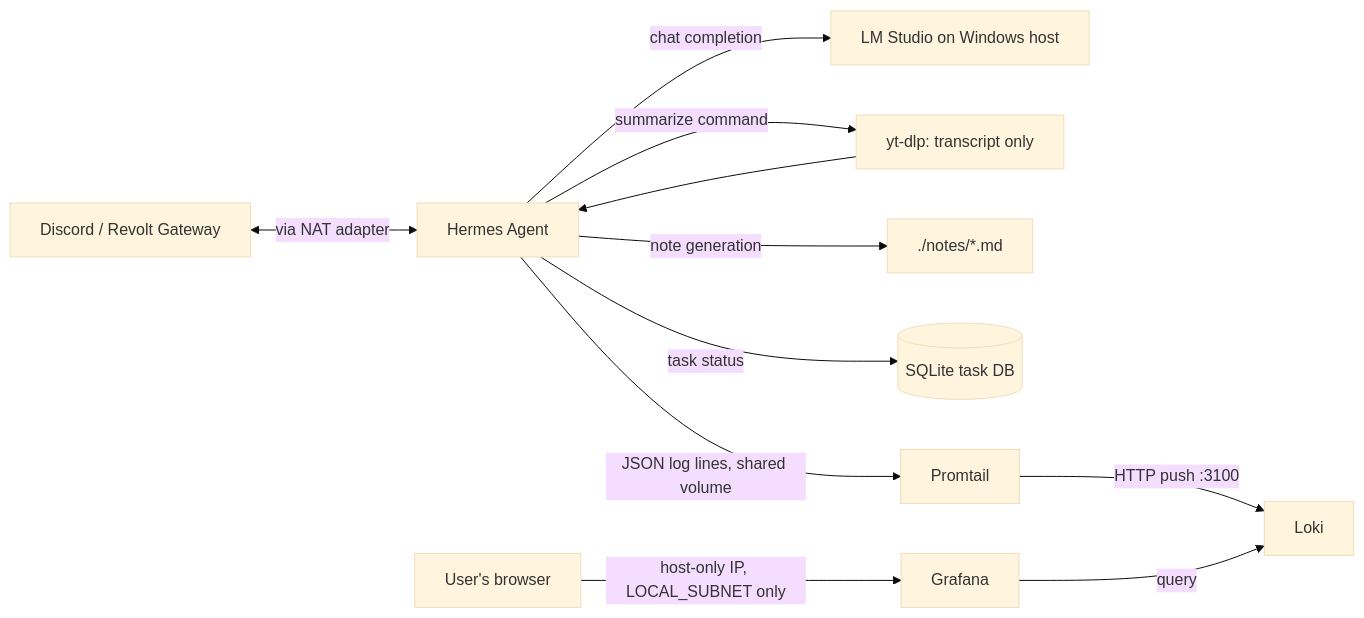
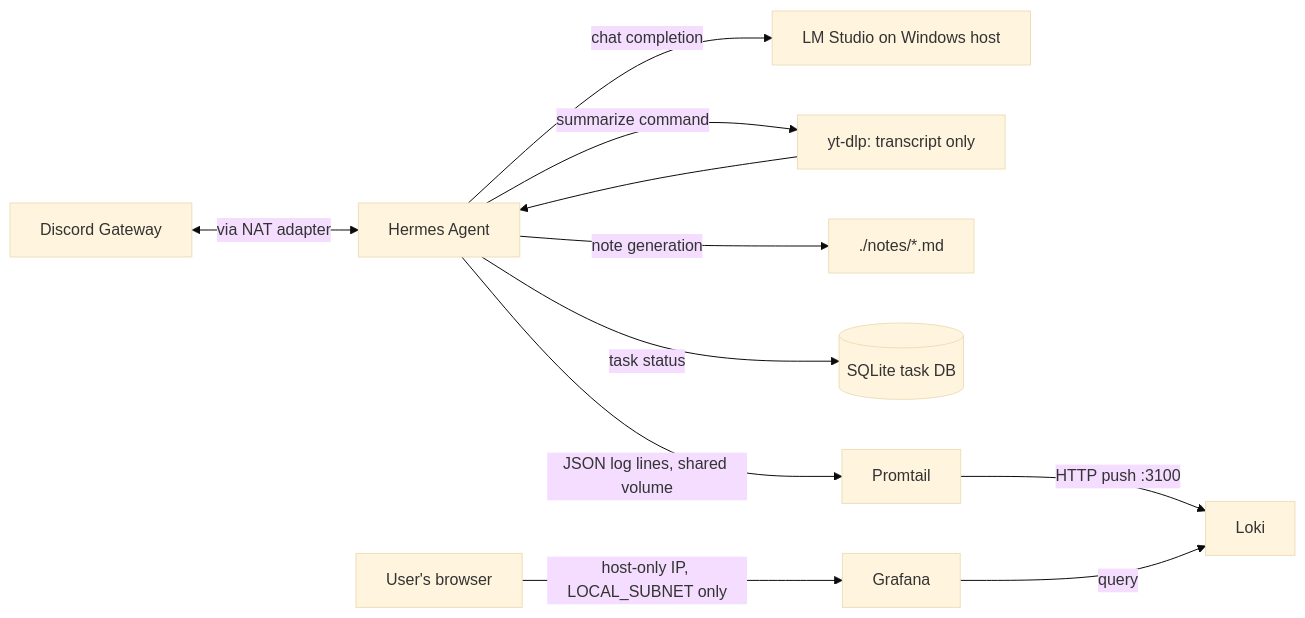
The diagram in docs/ARCHITECTURE.md (cv-ai-sec/cv-hermes), drawn with Mermaid (base theme) before and after one commit. The commit also changed other lines of this file and 8 other files, not shown here.

````diff
--- a/docs/ARCHITECTURE.md
+++ b/docs/ARCHITECTURE.md
@@ -3,13 +3,13 @@
 ```mermaid
 graph LR
-  A[Discord / Revolt Gateway] <-->|via NAT adapter| B[Hermes Agent]
+  A[Discord Gateway] <-->|via NAT adapter| B[Hermes Agent]
   B -->|chat completion| C[LM Studio on Windows host]
   B -->|summarize command| Y[yt-dlp: transcript only]
   Y --> B
   B -->|note generation| N[./notes/*.md]
   B -->|task status| T[(SQLite task DB)]
   B -->|JSON log lines, shared volume| D[Promtail]
   D -->|HTTP push :3100| E[Loki]
   F[Grafana] -->|query| E
   U[User's browser] -->|host-only IP, LOCAL_SUBNET only| F
 ```
````
